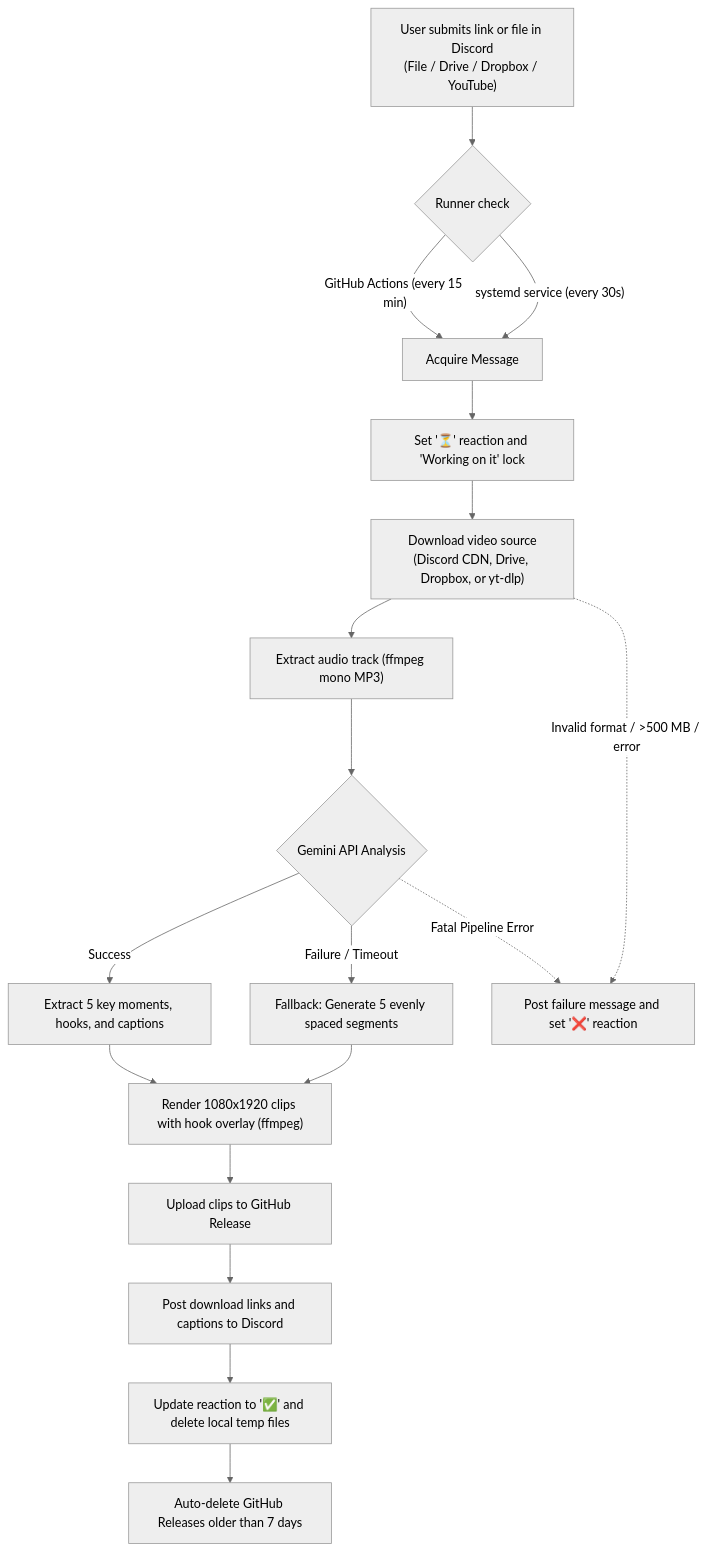
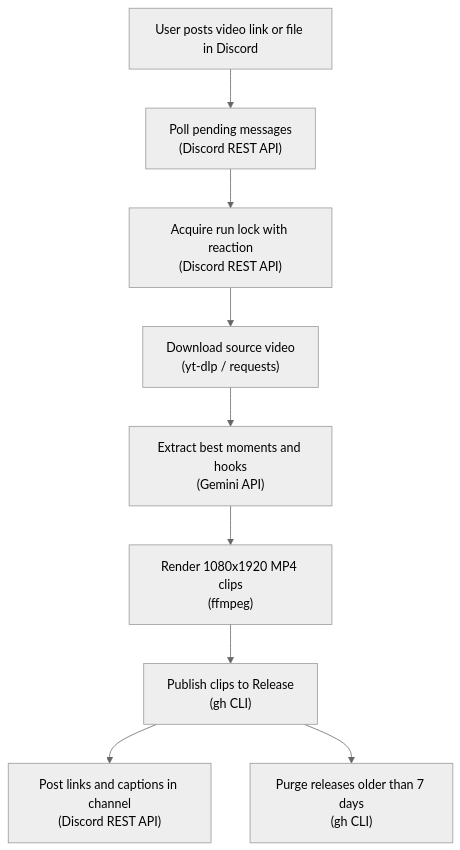
Before and after one commit to dawoodijaz1999/Doc-bot: the diagram in docs/clip-clip.md, drawn with Mermaid (neutral theme). The commit also changed other lines of this file and 3 other files, not shown here.

````diff
--- a/docs/clip-clip.md
+++ b/docs/clip-clip.md
@@ -48,21 +11,11 @@
 ```mermaid
 flowchart TD
-    A["User submits link or file in Discord<br/>(File / Drive / Dropbox / YouTube)"] --> B{"Runner check"}
-    B -->|"GitHub Actions (every 15 min)"| C["Acquire Message"]
-    B -->|"systemd service (every 30s)"| C
-    C --> D["Set '⏳' reaction and 'Working on it' lock"]
-    D --> E["Download video source<br/>(Discord CDN, Drive, Dropbox, or yt-dlp)"]
-    E --> F["Extract audio track (ffmpeg mono MP3)"]
-    F --> G{"Gemini API Analysis"}
-    G -->|"Success"| H["Extract 5 key moments, hooks, and captions"]
-    G -->|"Failure / Timeout"| I["Fallback: Generate 5 evenly spaced segments"]
-    H --> J["Render 1080x1920 clips with hook overlay (ffmpeg)"]
-    I --> J
-    J --> K["Upload clips to GitHub Release"]
-    K --> L["Post download links and captions to Discord"]
-    L --> M["Update reaction to '✅' and delete local temp files"]
-    M --> N["Auto-delete GitHub Releases older than 7 days"]
-    
-    E -.->|"Invalid format / >500 MB / error"| O["Post failure message and set '❌' reaction"]
-    G -.->|"Fatal Pipeline Error"| O
+    A["User posts video link or file in Discord"] --> B["Poll pending messages<br/>(Discord REST API)"]
+    B --> C["Acquire run lock with reaction<br/>(Discord REST API)"]
+    C --> D["Download source video<br/>(yt-dlp / requests)"]
+    D --> E["Extract best moments and hooks<br/>(Gemini API)"]
+    E --> F["Render 1080x1920 MP4 clips<br/>(ffmpeg)"]
+    F --> G["Publish clips to Release<br/>(gh CLI)"]
+    G --> H["Post links and captions in channel<br/>(Discord REST API)"]
+    G --> I["Purge releases older than 7 days<br/>(gh CLI)"]
 ```
````
